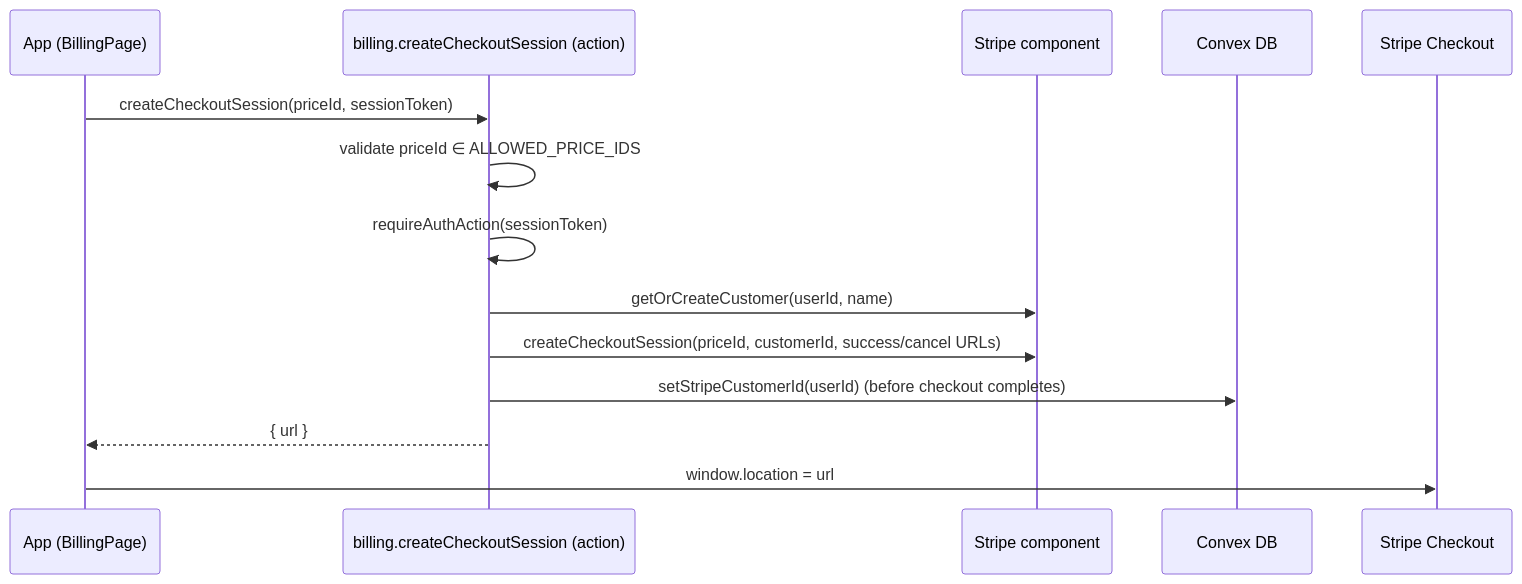
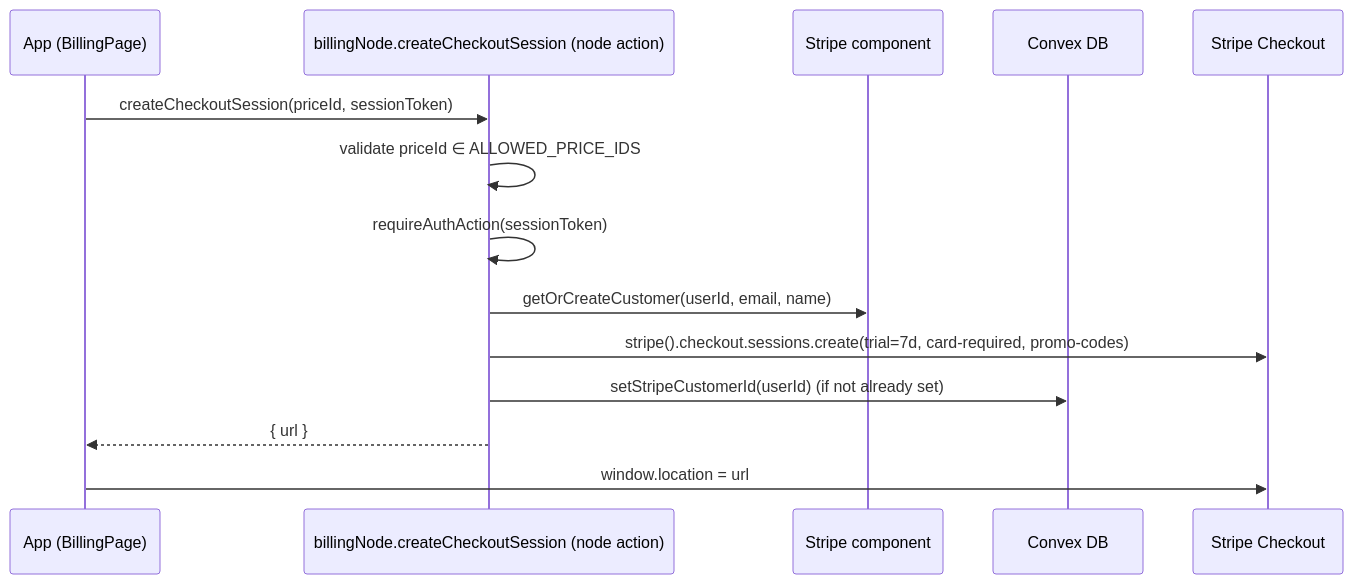
The fifth of 19 diagrams in docs/PLATFORM.md (henriko202/glowing-octo-guide), drawn with Mermaid before and after one commit. The commit also changed other lines of this file and 7 other files, not shown here.

First line of the commit message:
feat(billing): implement Stripe SDK checkout with card-required trial, promo codes, and annual billing

````diff
--- a/docs/PLATFORM.md
+++ b/docs/PLATFORM.md
@@ -787,17 +808,17 @@
 ```mermaid
 sequenceDiagram
   participant A as App (BillingPage)
-  participant B as billing.createCheckoutSession (action)
+  participant B as billingNode.createCheckoutSession (node action)
   participant SC as Stripe component
   participant DB as Convex DB
   participant S as Stripe Checkout
 
   A->>B: createCheckoutSession(priceId, sessionToken)
   B->>B: validate priceId ∈ ALLOWED_PRICE_IDS
   B->>B: requireAuthAction(sessionToken)
-  B->>SC: getOrCreateCustomer(userId, name)
-  B->>SC: createCheckoutSession(priceId, customerId, success/cancel URLs)
-  B->>DB: setStripeCustomerId(userId)  (before checkout completes)
+  B->>SC: getOrCreateCustomer(userId, email, name)
+  B->>S: stripe().checkout.sessions.create(trial=7d, card-required, promo-codes)
+  B->>DB: setStripeCustomerId(userId)  (if not already set)
   B-->>A: { url }
   A->>S: window.location = url
 ```
````
